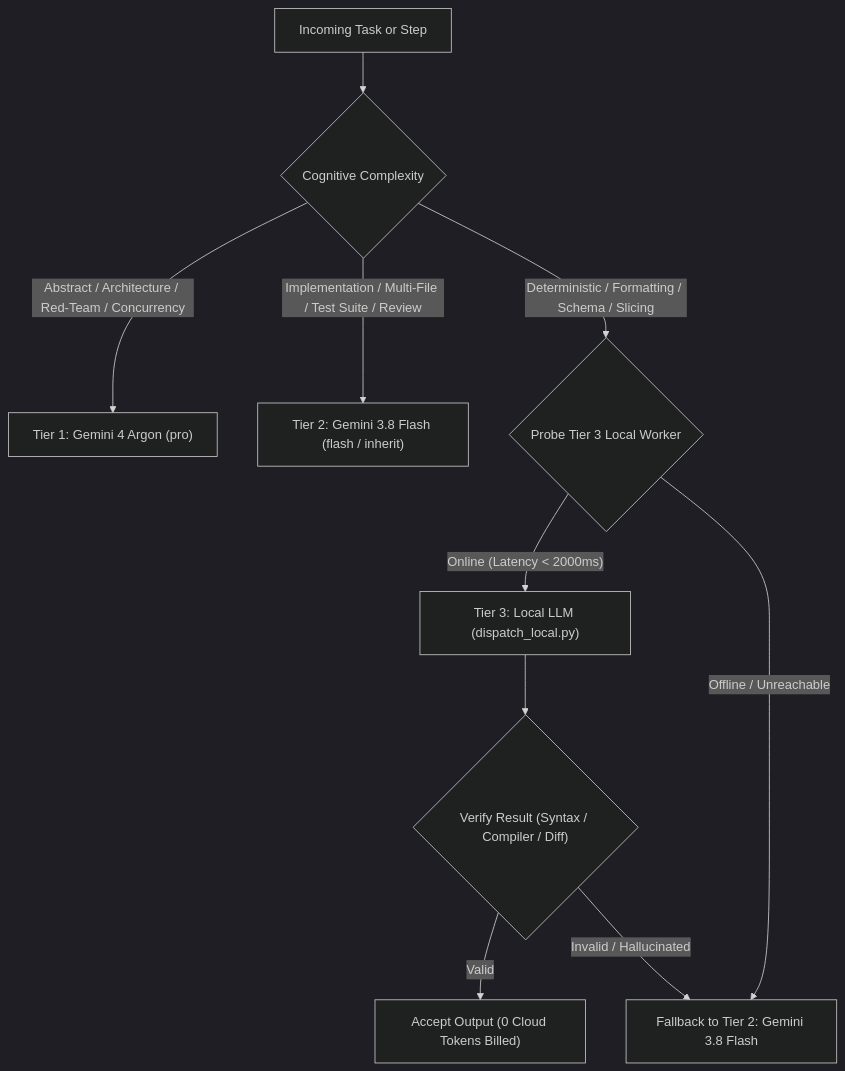
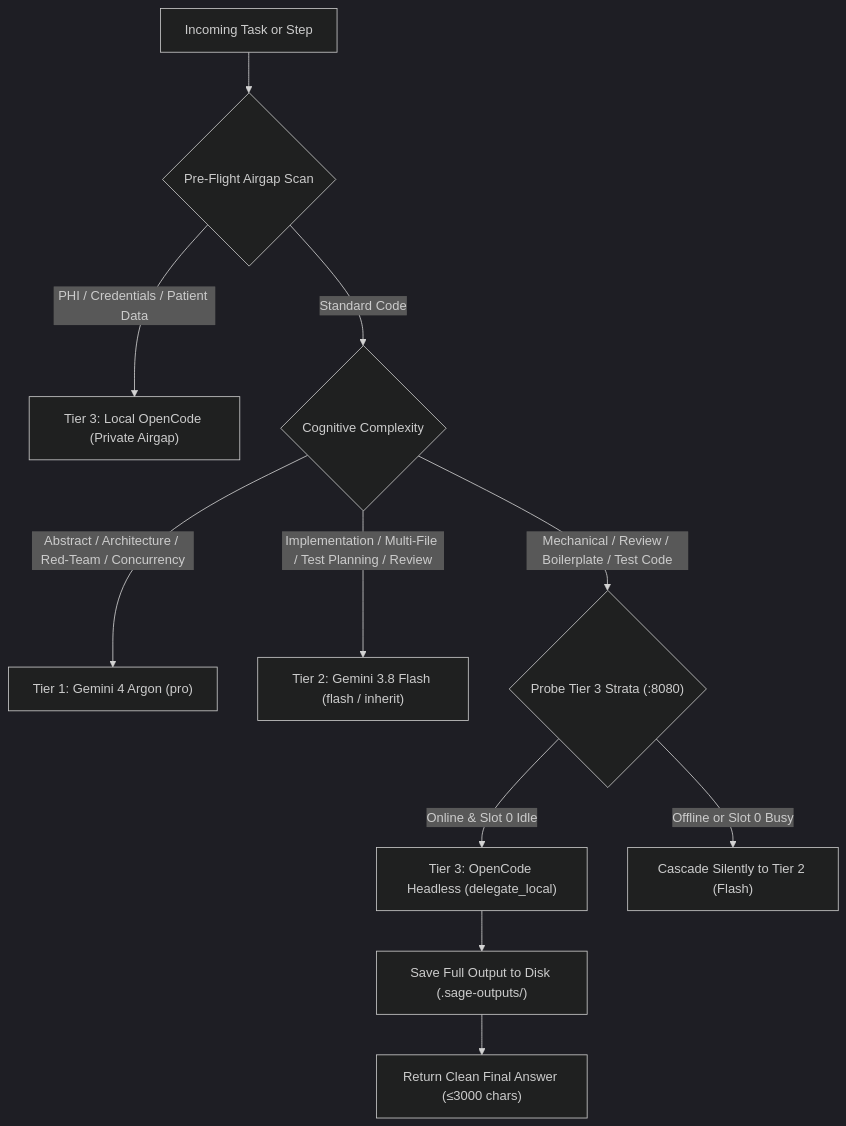
Before and after one commit to bioassembly/opencode-sage: the diagram in reference/skills/hybrid-routing/SKILL.md, drawn with Mermaid (dark theme). The commit also changed other lines of this file and 9 other files, not shown here.

First line of the commit message:
feat(hybrid): preserve hybrid-sage plugin/MCP in activate.sh and sync OpenCode routing

````diff
--- a/reference/skills/hybrid-routing/SKILL.md
+++ b/reference/skills/hybrid-routing/SKILL.md
@@ -30,15 +30,16 @@
 ```mermaid
 flowchart TD
-    Request["Incoming Task or Step"] --> Classify{"Cognitive Complexity"}
+    Request["Incoming Task or Step"] --> Airgap{"Pre-Flight Airgap Scan"}
+    Airgap -- "PHI / Credentials / Patient Data" --> ForceTier3["Tier 3: Local OpenCode (Private Airgap)"]
+    Airgap -- "Standard Code" --> Classify{"Cognitive Complexity"}
     
     Classify -- "Abstract / Architecture / Red-Team / Concurrency" --> Tier1["Tier 1: Gemini 4 Argon (pro)"]
-    Classify -- "Implementation / Multi-File / Test Suite / Review" --> Tier2["Tier 2: Gemini 3.8 Flash (flash / inherit)"]
-    Classify -- "Deterministic / Formatting / Schema / Slicing" --> Probe3{"Probe Tier 3 Local Worker"}
+    Classify -- "Implementation / Multi-File / Test Planning / Review" --> Tier2["Tier 2: Gemini 3.8 Flash (flash / inherit)"]
+    Classify -- "Mechanical / Review / Boilerplate / Test Code" --> Probe3{"Probe Tier 3 Strata (:8080)"}
     
-    Probe3 -- "Online (Latency < 2000ms)" --> Tier3["Tier 3: Local LLM (dispatch_local.py)"]
-    Probe3 -- "Offline / Unreachable" --> FallbackTier2["Fallback to Tier 2: Gemini 3.8 Flash"]
+    Probe3 -- "Online & Slot 0 Idle" --> Exec3["Tier 3: OpenCode Headless (delegate_local)"]
+    Probe3 -- "Offline or Slot 0 Busy" --> FallbackTier2["Cascade Silently to Tier 2 (Flash)"]
     
-    Tier3 --> Verify3{"Verify Result (Syntax / Compiler / Diff)"}
-    Verify3 -- "Valid" --> Accept["Accept Output (0 Cloud Tokens Billed)"]
-    Verify3 -- "Invalid / Hallucinated" --> FallbackTier2
+    Exec3 --> SaveDisk["Save Full Output to Disk (.sage-outputs/)"]
+    SaveDisk --> ReturnLean["Return Clean Final Answer (≤3000 chars)"]
 ```
````
